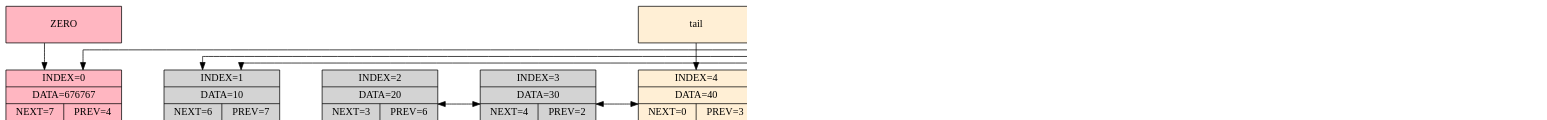
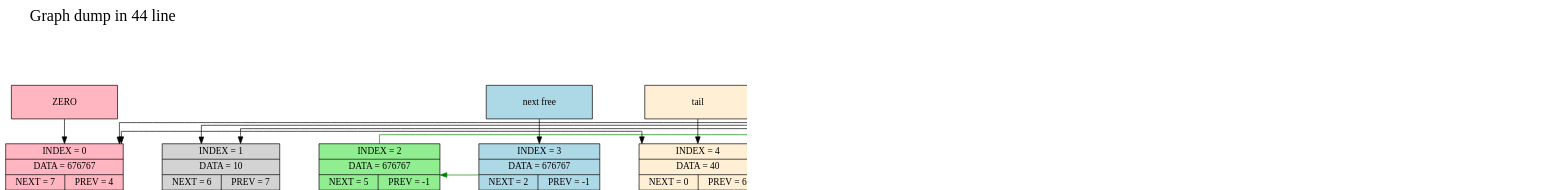
The diagram in graph.dot (Leonid256/Linked-List), drawn with Graphviz before and after one commit. The commit also changed 7 other files, not shown here.

```diff
--- a/graph.dot
+++ b/graph.dot
@@ -1,47 +1,50 @@
 //Автоматически сгенерированный файл. Не править руками!
 digraph G
 {
-	rankdir=TB;
-	splines=ortho;
-	nodesep=0.8;
-	size="12,7!";
-	dpi=150;
-	node [shape=record, width=2.2, height=0.7];
-	node_0 [style=filled, fillcolor=lightpink, label="{INDEX=0 | DATA=676767 | {NEXT=7 | PREV=4}}"];
-	node_1 [style=filled, fillcolor=lightgrey, label="{INDEX=1 | DATA=10 | {NEXT=6 | PREV=7}}"];
-	node_2 [style=filled, fillcolor=lightgrey, label="{INDEX=2 | DATA=20 | {NEXT=3 | PREV=6}}"];
-	node_3 [style=filled, fillcolor=lightgrey, label="{INDEX=3 | DATA=30 | {NEXT=4 | PREV=2}}"];
-	node_4 [style=filled, fillcolor=papayawhip, label="{INDEX=4 | DATA=40 | {NEXT=0 | PREV=3}}"];
-	node_5 [style=filled, fillcolor=lightblue, label="{INDEX=5 | DATA=676767 | {NEXT=8 | PREV=-1}}"];
-	node_6 [style=filled, fillcolor=lightgrey, label="{INDEX=6 | DATA=99 | {NEXT=2 | PREV=1}}"];
-	node_7 [style=filled, fillcolor=cornsilk, label="{INDEX=7 | DATA=52 | {NEXT=1 | PREV=0}}"];
-	node_8 [style=filled, fillcolor=lightgreen, label="{INDEX=8 | DATA=676767 | {NEXT=9 | PREV=-1}}"];
-	node_9 [style=filled, fillcolor=lightgreen, label="{INDEX=9 | DATA=676767 | {NEXT=0 | PREV=-1}}"];
-	{ rank=same; node_0; node_1; node_2; node_3; node_4; node_5; node_6; node_7; node_8; node_9; }
-	node_0 -> node_1 [style=invis];
-	node_1 -> node_2 [style=invis];
-	node_2 -> node_3 [style=invis];
-	node_3 -> node_4 [style=invis];
-	node_4 -> node_5 [style=invis];
-	node_5 -> node_6 [style=invis];
-	node_6 -> node_7 [style=invis];
-	node_7 -> node_8 [style=invis];
-	node_8 -> node_9 [style=invis];
-	label_0 [style=filled, fillcolor=lightpink, label = "ZERO"];
-	label_free [style=filled, fillcolor=lightblue, label = "next free"];
-	label_head [style=filled, fillcolor=cornsilk, label = "head"];
-	label_tail [style=filled, fillcolor=papayawhip, label = "tail"];
-	node_0 -> node_7 [dir=both, splines=ortho, constraint=false];
-	node_1 -> node_6 [dir=both, splines=ortho, constraint=false];
-	node_2 -> node_3 [dir=both, splines=ortho, constraint=false];
-	node_3 -> node_4 [dir=both, splines=ortho, constraint=false];
-	node_4 -> node_0 [dir=both, splines=ortho, constraint=false];
-	node_5 -> node_8;
-	node_6 -> node_2 [dir=both, splines=ortho, constraint=false];
-	node_7 -> node_1 [dir=both, splines=ortho, constraint=false];
-	node_8 -> node_9;
+	label = "Graph dump in 44 line\n\n\n\n";
+	labelloc = t;
+	fontsize = 24; labeljust = l;
+	rankdir = TB;
+	splines = ortho;
+	nodesep = 0.8;
+	size = "12,7!";
+	dpi = 150;
+	node [shape = record, width = 2.2, height = 0.7];
+	node_0 [style = filled, fillcolor = lightpink, label = "{INDEX = 0 | DATA = 676767 | {NEXT = 7 | PREV = 4}}"];
+	node_1 [style = filled, fillcolor = lightgrey, label = "{INDEX = 1 | DATA = 10 | {NEXT = 6 | PREV = 7}}"];
+	node_2 [style = filled, fillcolor = lightgreen, label = "{INDEX = 2 | DATA = 676767 | {NEXT = 5 | PREV = -1}}"];
+	node_3 [style = filled, fillcolor = lightblue, label = "{INDEX = 3 | DATA = 676767 | {NEXT = 2 | PREV = -1}}"];
+	node_4 [style = filled, fillcolor = papayawhip, label = "{INDEX = 4 | DATA = 40 | {NEXT = 0 | PREV = 6}}"];
+	node_5 [style = filled, fillcolor = lightgreen, label = "{INDEX = 5 | DATA = 676767 | {NEXT = 8 | PREV = -1}}"];
+	node_6 [style = filled, fillcolor = lightgrey, label = "{INDEX = 6 | DATA = 99 | {NEXT = 4 | PREV = 1}}"];
+	node_7 [style = filled, fillcolor = cornsilk, label = "{INDEX = 7 | DATA = 52 | {NEXT = 1 | PREV = 0}}"];
+	node_8 [style = filled, fillcolor = lightgreen, label = "{INDEX = 8 | DATA = 676767 | {NEXT = 9 | PREV = -1}}"];
+	node_9 [style = filled, fillcolor = lightgreen, label = "{INDEX = 9 | DATA = 676767 | {NEXT = 0 | PREV = -1}}"];
+	{ rank = same; node_0; node_1; node_2; node_3; node_4; node_5; node_6; node_7; node_8; node_9; }
+	node_0 -> node_1 [style = invis];
+	node_1 -> node_2 [style = invis];
+	node_2 -> node_3 [style = invis];
+	node_3 -> node_4 [style = invis];
+	node_4 -> node_5 [style = invis];
+	node_5 -> node_6 [style = invis];
+	node_6 -> node_7 [style = invis];
+	node_7 -> node_8 [style = invis];
+	node_8 -> node_9 [style = invis];
+	label_0 [style = filled, fillcolor = lightpink, label = "ZERO"];
+	label_free [style = filled, fillcolor = lightblue, label = "next free"];
+	label_head [style = filled, fillcolor = cornsilk, label = "head"];
+	label_tail [style = filled, fillcolor = papayawhip, label = "tail"];
+	node_0 -> node_7 [dir = both, splines = ortho, constraint = false];
+	node_1 -> node_6 [dir = both, splines = ortho, constraint = false];
+	node_2 -> node_5 [color = green];
+	node_3 -> node_2 [color = green];
+	node_4 -> node_0 [dir = both, splines = ortho, constraint = false];
+	node_5 -> node_8 [color = green];
+	node_6 -> node_4 [dir = both, splines = ortho, constraint = false];
+	node_7 -> node_1 [dir = both, splines = ortho, constraint = false];
+	node_8 -> node_9 [color = green];
 	label_0 -> node_0;
-	label_free -> node_5;
+	label_free -> node_3;
 	label_head -> node_7;
 	label_tail -> node_4;
 }
```
